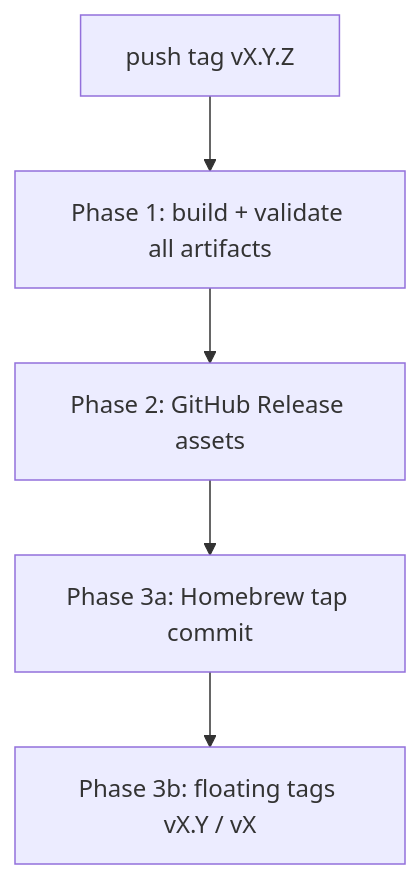
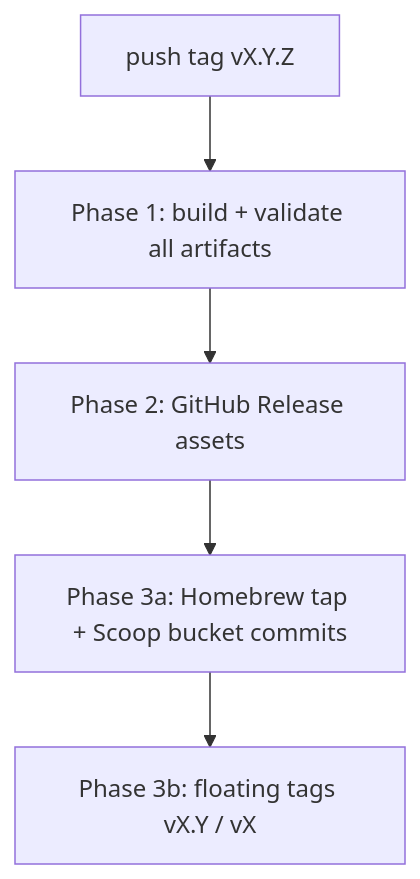
Before and after one commit to lolay/triage: the diagram in specs/releasing.md, drawn with Mermaid. The commit also changed other lines of this file and 11 other files, not shown here.

First line of the commit message:
feat(distribution): add Scoop bucket channel for native Windows

````diff
--- a/specs/releasing.md
+++ b/specs/releasing.md
@@ -13,7 +13,7 @@
 ```mermaid
 flowchart TD
     tag["push tag vX.Y.Z"] --> gate["Phase 1: build + validate all artifacts"]
     gate --> rel["Phase 2: GitHub Release assets"]
-    rel --> tap["Phase 3a: Homebrew tap commit"]
+    rel --> tap["Phase 3a: Homebrew tap + Scoop bucket commits"]
     tap --> floaty["Phase 3b: floating tags vX.Y / vX"]
 ```
````
